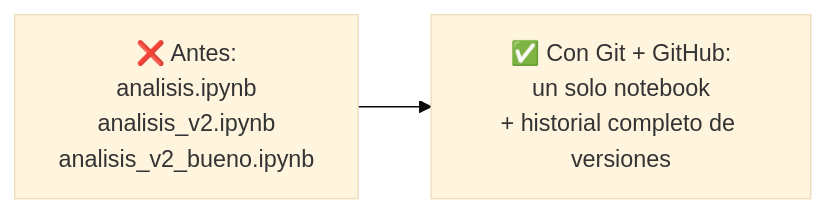
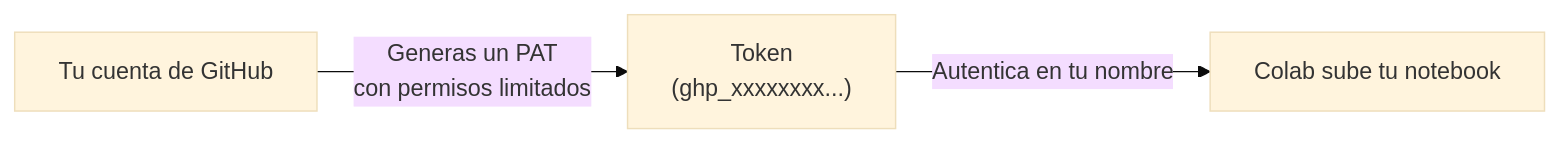
Before and after one commit to santiagoSuarez219/nodo-edu: the second of 4 diagrams in content/cursos/programacion-cientifica/fundamentos-de-control-de-versiones-colab-y-diagnostico.mdx, drawn with Mermaid (base theme). The commit also changed other lines of this file and 4 other files, not shown here.

````diff
--- a/content/cursos/programacion-cientifica/fundamentos-de-control-de-versiones-colab-y-diagnostico.mdx
+++ b/content/cursos/programacion-cientifica/fundamentos-de-control-de-versiones-colab-y-diagnostico.mdx
@@ -48,4 +82,5 @@
 ```mermaid
 flowchart LR
-  A["❌ Antes:\nanalisis.ipynb\nanalisis_v2.ipynb\nanalisis_v2_bueno.ipynb"] --> B["✅ Con Git + GitHub:\nun solo notebook\n+ historial completo de versiones"]
+  A["Tu cuenta de GitHub"] -->|"Generas un PAT\ncon permisos limitados"| B["Token\n(ghp_xxxxxxxx...)"]
+  B -->|"Autentica en tu nombre"| C["Colab sube tu notebook"]
 ```
````
